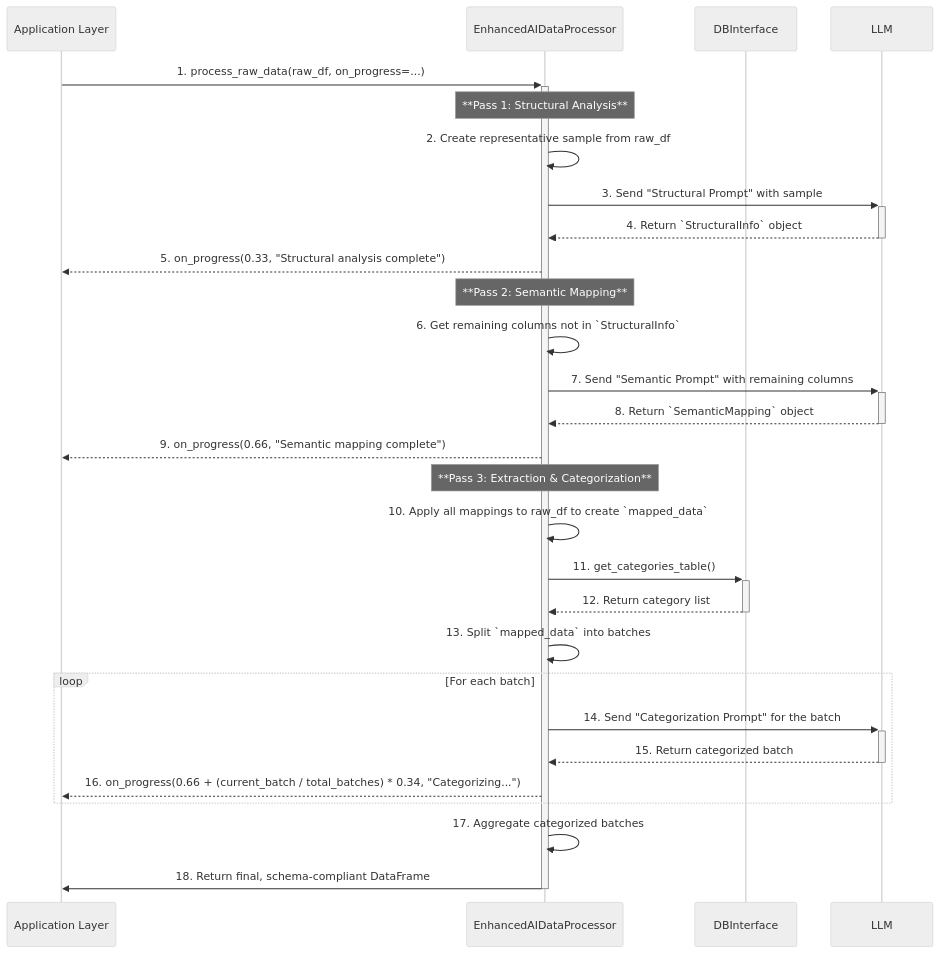
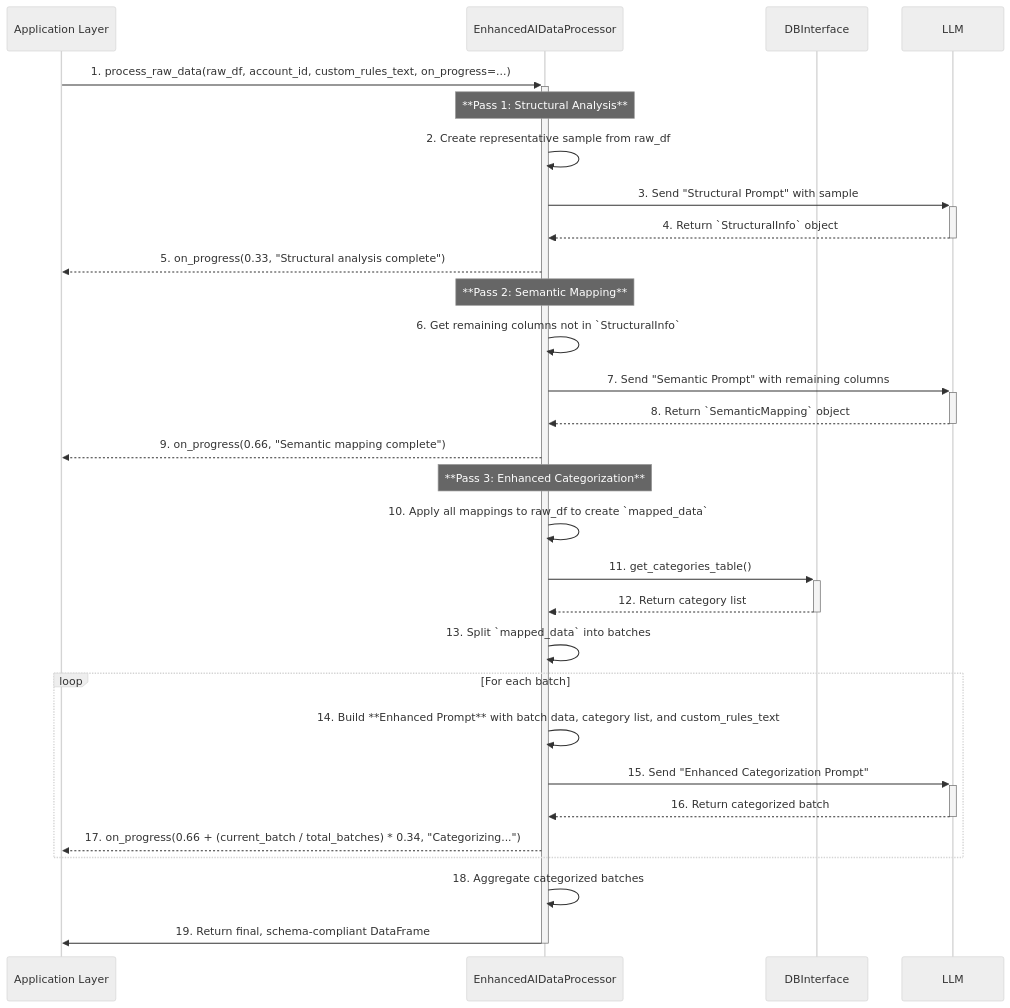
The diagram in planning/processors/enhanced_ai_data_processor_micro_architecture.md (kumarrishav14/expense-tracker), drawn with Mermaid (neutral theme) before and after one commit. The commit also changed other lines of this file and 4 other files, not shown here.

Commit message:
feat(core): Add AppSettings model and enhance processor architecture

````diff
--- a/planning/processors/enhanced_ai_data_processor_micro_architecture.md
+++ b/planning/processors/enhanced_ai_data_processor_micro_architecture.md
@@ -77,34 +80,35 @@
 ```mermaid
 sequenceDiagram
     participant Caller as Application Layer
     participant E_AIDP as EnhancedAIDataProcessor
     participant DB as DBInterface
     participant Ollama as LLM
 
-    Caller->>+E_AIDP: 1. process_raw_data(raw_df, on_progress=...)
+    Caller->>+E_AIDP: 1. process_raw_data(raw_df, account_id, custom_rules_text,  on_progress=...)
 
     Note over E_AIDP: **Pass 1: Structural Analysis**
     E_AIDP->>E_AIDP: 2. Create representative sample from raw_df
     E_AIDP->>+Ollama: 3. Send "Structural Prompt" with sample
     Ollama-->>-E_AIDP: 4. Return `StructuralInfo` object
     E_AIDP-->>Caller: 5. on_progress(0.33, "Structural analysis complete")
 
     Note over E_AIDP: **Pass 2: Semantic Mapping**
     E_AIDP->>E_AIDP: 6. Get remaining columns not in `StructuralInfo`
     E_AIDP->>+Ollama: 7. Send "Semantic Prompt" with remaining columns
     Ollama-->>-E_AIDP: 8. Return `SemanticMapping` object
     E_AIDP-->>Caller: 9. on_progress(0.66, "Semantic mapping complete")
 
-    Note over E_AIDP: **Pass 3: Extraction & Categorization**
+    Note over E_AIDP: **Pass 3: Enhanced Categorization**
     E_AIDP->>E_AIDP: 10. Apply all mappings to raw_df to create `mapped_data`
     E_AIDP->>+DB: 11. get_categories_table()
     DB-->>-E_AIDP: 12. Return category list
     E_AIDP->>E_AIDP: 13. Split `mapped_data` into batches
     loop For each batch
-        E_AIDP->>+Ollama: 14. Send "Categorization Prompt" for the batch
-        Ollama-->>-E_AIDP: 15. Return categorized batch
-        E_AIDP-->>Caller: 16. on_progress(0.66 + (current_batch / total_batches) * 0.34, "Categorizing...")
+        E_AIDP->>E_AIDP: 14. Build **Enhanced Prompt** with batch data, category list, and custom_rules_text
+        E_AIDP->>+Ollama: 15. Send "Enhanced Categorization Prompt"
+        Ollama-->>-E_AIDP: 16. Return categorized batch
+        E_AIDP-->>Caller: 17. on_progress(0.66 + (current_batch / total_batches) * 0.34, "Categorizing...")
     end
-    E_AIDP->>E_AIDP: 17. Aggregate categorized batches
-    E_AIDP->>-Caller: 18. Return final, schema-compliant DataFrame
+    E_AIDP->>E_AIDP: 18. Aggregate categorized batches
+    E_AIDP->>-Caller: 19. Return final, schema-compliant DataFrame
 ```
````
